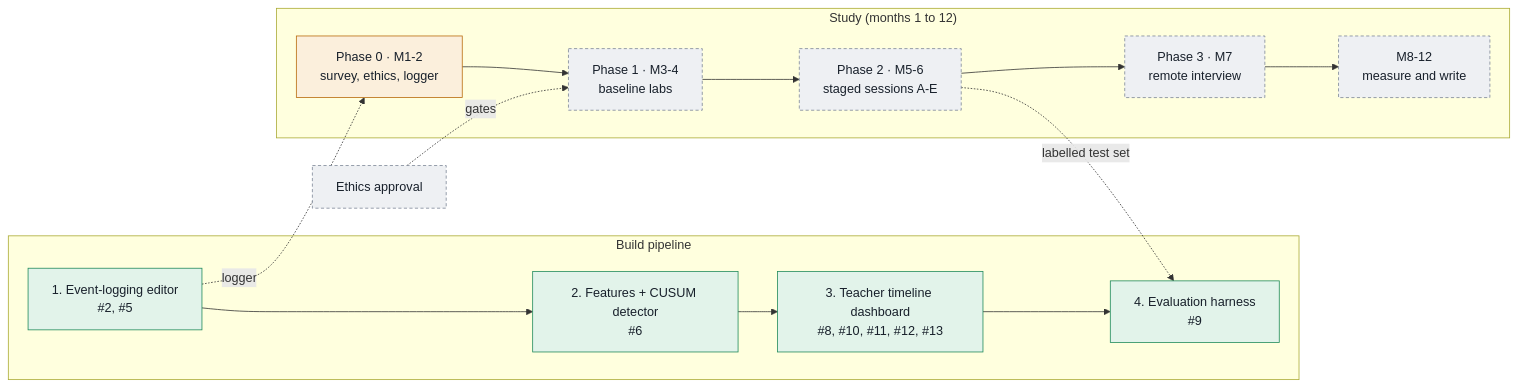
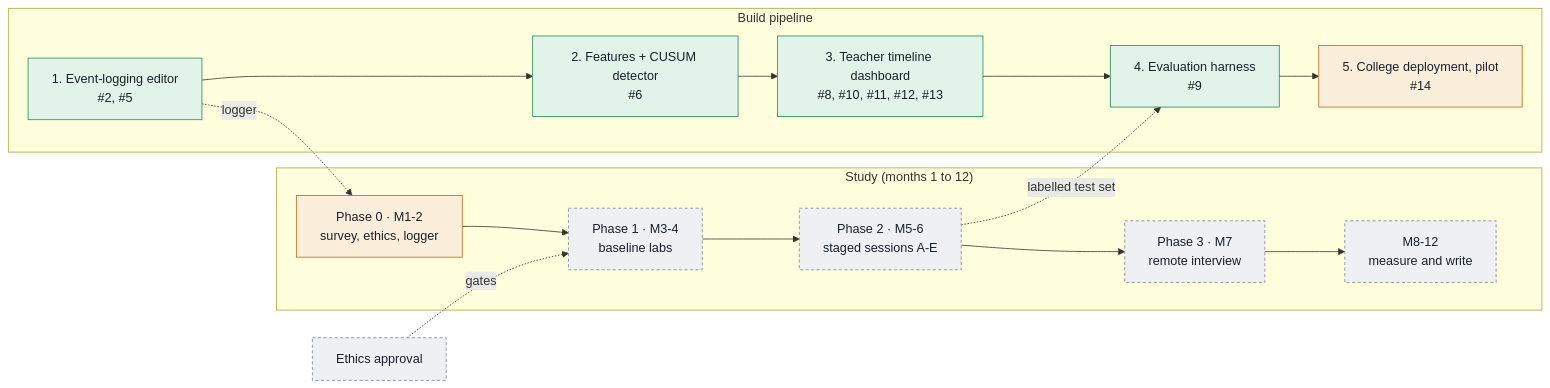
One commit to codehamster69/student-ide changed the diagram in thesis/progress/STATUS.md. Above: the diagram before and after it, drawn with Mermaid. The commit also changed other lines of this file and 43 other files, not shown here.

````diff
--- a/thesis/progress/STATUS.md
+++ b/thesis/progress/STATUS.md
@@ -14,21 +14,22 @@
 ```mermaid
 flowchart LR
   classDef done fill:#e2f3ea,stroke:#1f8a5b,color:#18202b
   classDef prog fill:#fbefdc,stroke:#b86a0b,color:#18202b
   classDef pend fill:#eef0f3,stroke:#7c8696,stroke-dasharray:4 3,color:#18202b
 
   subgraph Build["Build pipeline"]
     B1["1. Event-logging editor<br/>#2, #5"]:::done --> B2["2. Features + CUSUM detector<br/>#6"]:::done
     B2 --> B3["3. Teacher timeline dashboard<br/>#8, #10, #11, #12, #13"]:::done --> B4["4. Evaluation harness<br/>#9"]:::done
+    B4 --> B5["5. College deployment, pilot<br/>#14"]:::prog
   end
 
   subgraph Study["Study (months 1 to 12)"]
     P0["Phase 0 · M1-2<br/>survey, ethics, logger"]:::prog --> P1["Phase 1 · M3-4<br/>baseline labs"]:::pend
     P1 --> P2["Phase 2 · M5-6<br/>staged sessions A-E"]:::pend --> P3["Phase 3 · M7<br/>remote interview"]:::pend
     P3 --> W["M8-12<br/>measure and write"]:::pend
   end
 
   E["Ethics approval"]:::pend -. gates .-> P1
   B1 -. logger .-> P0
   P2 -. labelled test set .-> B4
 ```
````
